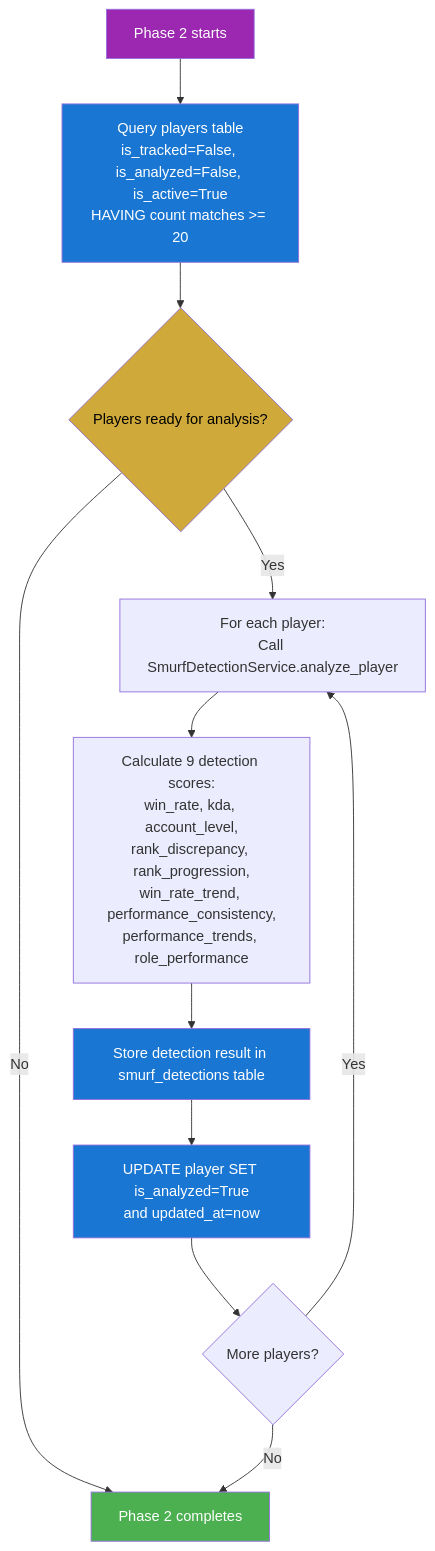
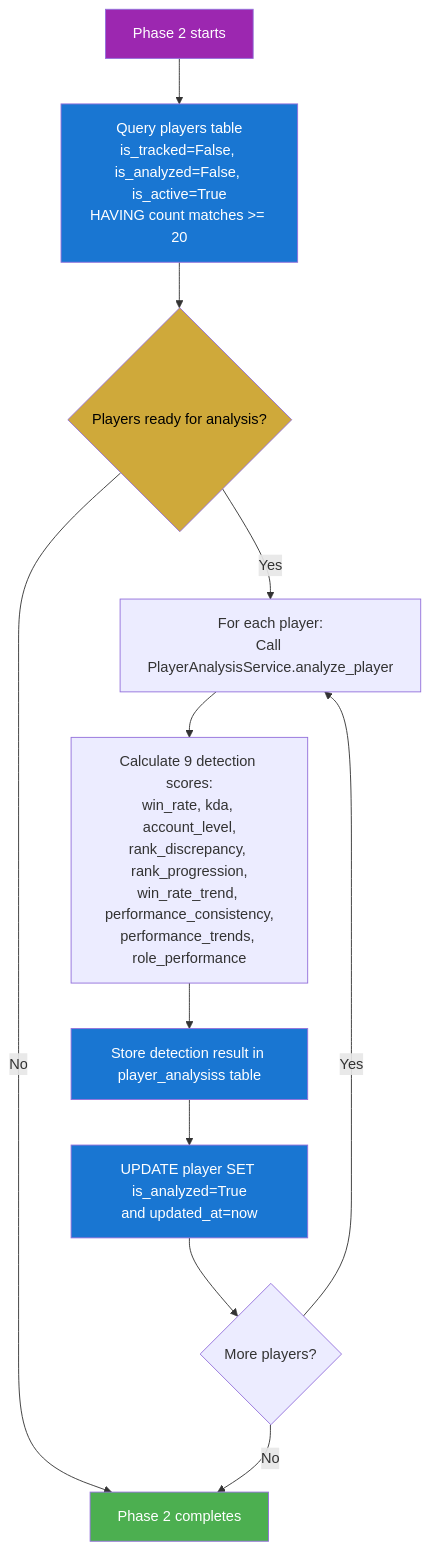
The third of 12 diagrams in docs/docs/jobs.md (SlanyCukr/riot-api-project), drawn with Mermaid before and after one commit. The commit also changed other lines of this file and 51 other files, not shown here.

````diff
--- a/docs/docs/jobs.md
+++ b/docs/docs/jobs.md
@@ -65,20 +65,20 @@
 ```mermaid
 flowchart TD
     A[Phase 2 starts] --> B[Query players table<br/>is_tracked=False, is_analyzed=False, is_active=True<br/>HAVING count matches >= 20]
     B --> C{Players ready for analysis?}
-    C -- Yes --> D[For each player:<br/>Call SmurfDetectionService.analyze_player]
+    C -- Yes --> D[For each player:<br/>Call PlayerAnalysisService.analyze_player]
     C -- No --> E[Phase 2 completes]
     D --> F[Calculate 9 detection scores:<br/>win_rate, kda, account_level,<br/>rank_discrepancy, rank_progression,<br/>win_rate_trend, performance_consistency,<br/>performance_trends, role_performance]
-    F --> G[Store detection result in smurf_detections table]
+    F --> G[Store detection result in player_analysiss table]
     G --> H[UPDATE player SET is_analyzed=True<br/>and updated_at=now]
     H --> I{More players?}
     I -- Yes --> D
     I -- No --> E
 
     style A fill:#9c27b0,color:#ffffff
     style B fill:#1976d2,color:#ffffff
     style C fill:#cfa93a,color:#000000
     style E fill:#4caf50,color:#ffffff
     style G fill:#1976d2,color:#ffffff
     style H fill:#1976d2,color:#ffffff
 ```
````
